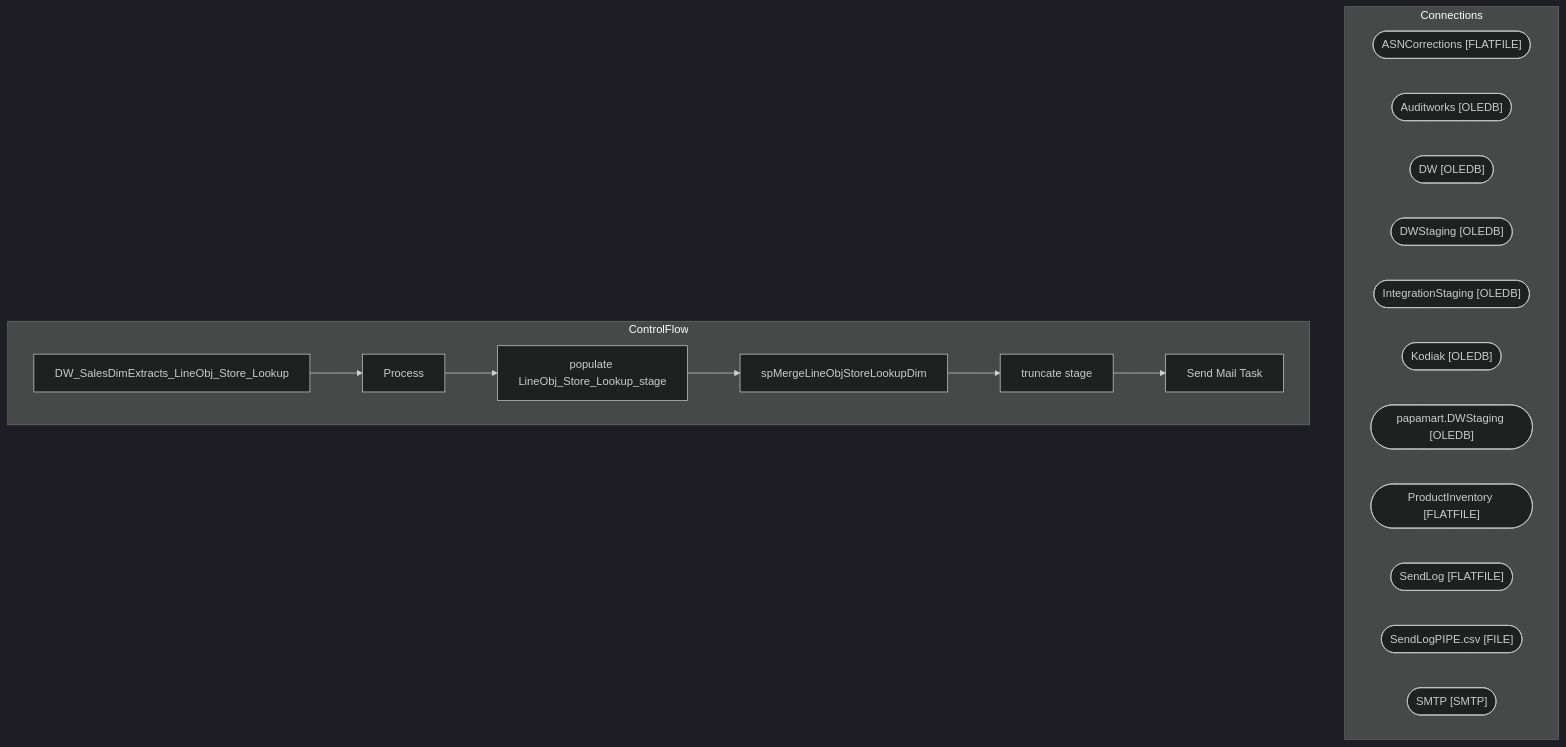
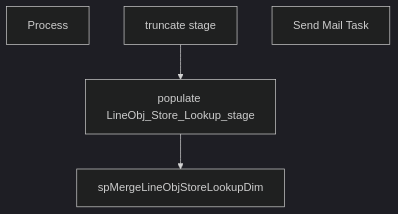
Before and after one commit to juanandresbrain/BABSkills: the diagram in bab-docs-explorer/Documentation/STL-SSIS-P-01/SSIS/DW/DW_SalesDimExtracts_LineObj_Store_Lookup.DW_SalesDimExtracts_LineObj_Store_Lookup.md, drawn with Mermaid (dark theme). The commit also changed other lines of this file and 273 other files, not shown here.

````diff
--- a/bab-docs-explorer/Documentation/STL-SSIS-P-01/SSIS/DW/DW_SalesDimExtracts_LineObj_Store_Lookup.DW_SalesDimExtracts_LineObj_Store_Lookup.md
+++ b/bab-docs-explorer/Documentation/STL-SSIS-P-01/SSIS/DW/DW_SalesDimExtracts_LineObj_Store_Lookup.DW_SalesDimExtracts_LineObj_Store_Lookup.md
@@ -9,29 +46,10 @@
 ```mermaid
 flowchart TD
-    subgraph Connections
-        ASNCorrections_conn(["ASNCorrections [FLATFILE]"])
-        Auditworks_conn(["Auditworks [OLEDB]"])
-        DW_conn(["DW [OLEDB]"])
-        DWStaging_conn(["DWStaging [OLEDB]"])
-        IntegrationStaging_conn(["IntegrationStaging [OLEDB]"])
-        Kodiak_conn(["Kodiak [OLEDB]"])
-        papamart_DWStaging_conn(["papamart.DWStaging [OLEDB]"])
-        ProductInventory_conn(["ProductInventory [FLATFILE]"])
-        SendLog_conn(["SendLog [FLATFILE]"])
-        SendLogPIPE_csv_conn(["SendLogPIPE.csv [FILE]"])
-        SMTP_conn(["SMTP [SMTP]"])
-    end
-    subgraph ControlFlow
-        DW_SalesDimExtracts_LineObj_Store_Lookup_task["DW_SalesDimExtracts_LineObj_Store_Lookup"]
-        Process_task["Process"]
-        DW_SalesDimExtracts_LineObj_Store_Lookup_task --> Process_task
-        populate_LineObj_Store_Lookup_stage_task["populate LineObj_Store_Lookup_stage"]
-        Process_task --> populate_LineObj_Store_Lookup_stage_task
-        spMergeLineObjStoreLookupDim_task["spMergeLineObjStoreLookupDim"]
-        populate_LineObj_Store_Lookup_stage_task --> spMergeLineObjStoreLookupDim_task
-        truncate_stage_task["truncate stage"]
-        spMergeLineObjStoreLookupDim_task --> truncate_stage_task
-        Send_Mail_Task_task["Send Mail Task"]
-        truncate_stage_task --> Send_Mail_Task_task
-    end
+    n_Package_Process["Process"]
+    n_Package_Process_populate_LineObj_Store_Lookup_stage["populate LineObj_Store_Lookup_stage"]
+    n_Package_Process_spMergeLineObjStoreLookupDim["spMergeLineObjStoreLookupDim"]
+    n_Package_Process_truncate_stage["truncate stage"]
+    n_Package_EventHandlers_OnError__Send_Mail_Task["Send Mail Task"]
+    n_Package_Process_truncate_stage --> n_Package_Process_populate_LineObj_Store_Lookup_stage
+    n_Package_Process_populate_LineObj_Store_Lookup_stage --> n_Package_Process_spMergeLineObjStoreLookupDim
 ```
````
